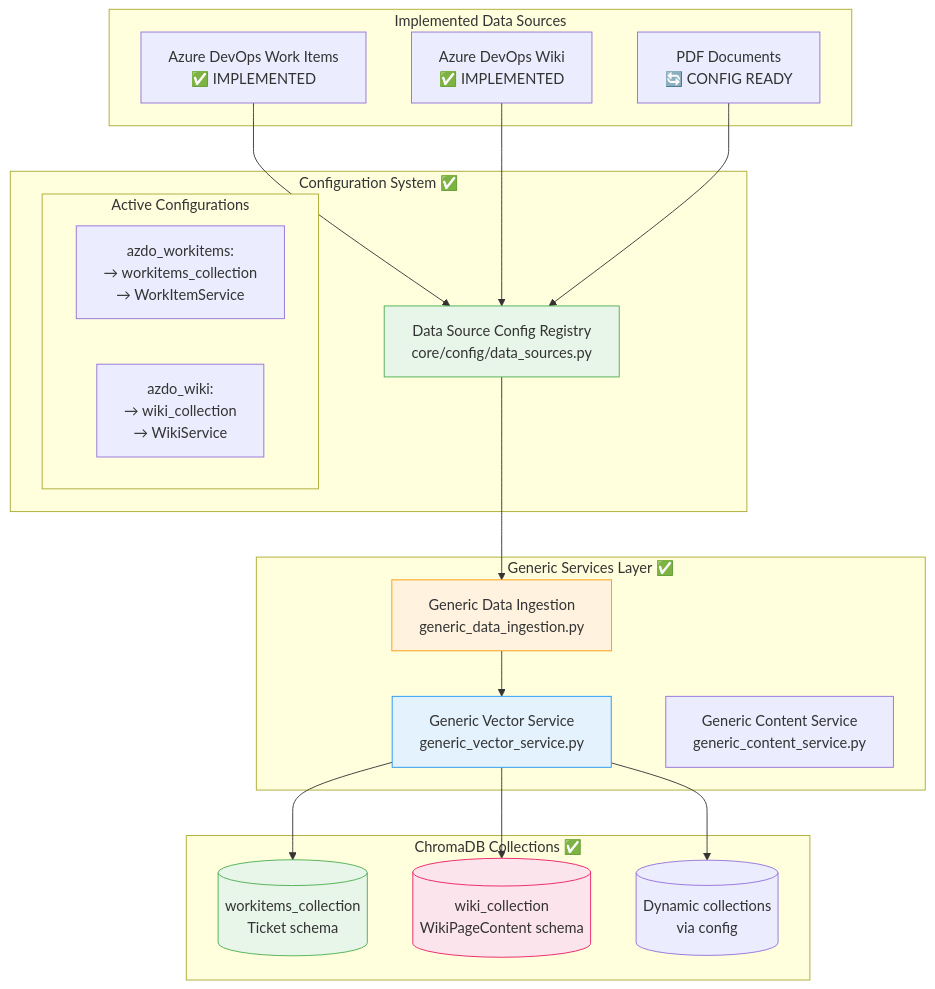
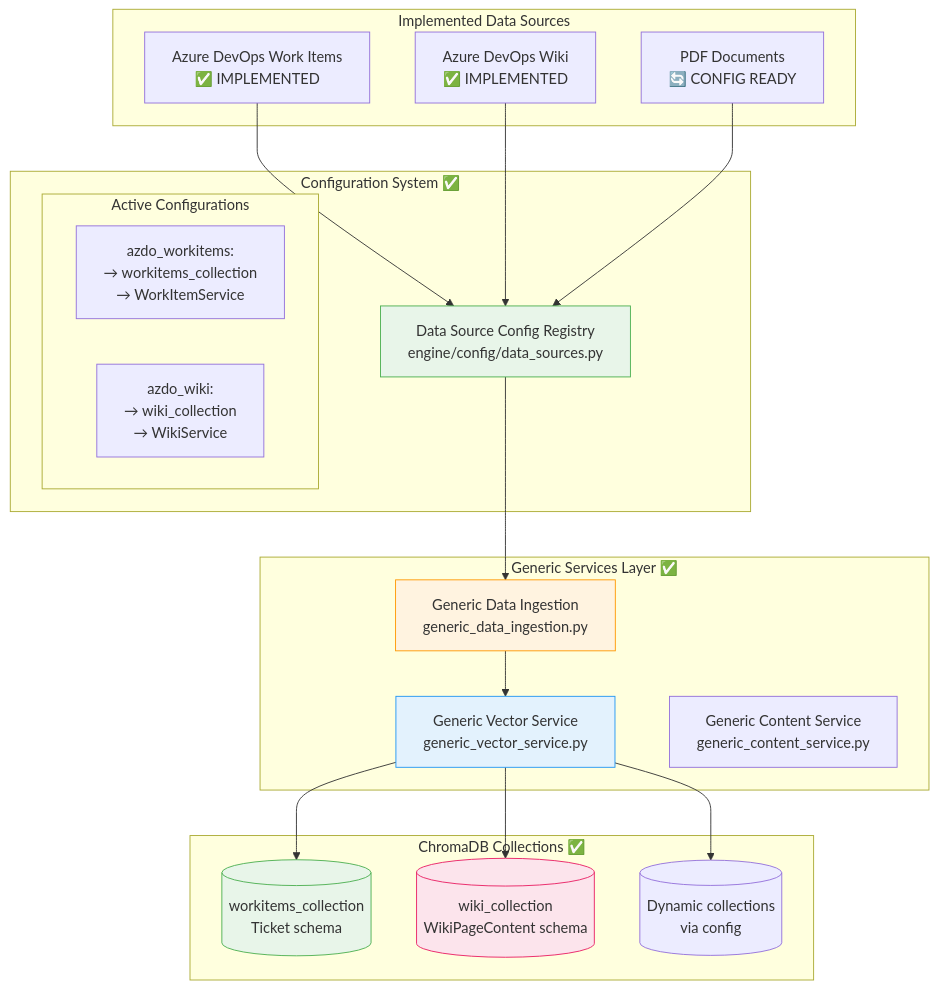
The first of 3 diagrams in orbis/docs/AGENTIC_RAG_SYSTEM_DIAGRAM_CURRENT_STATE.md (adel-0/orbis), drawn with Mermaid before and after one commit. The commit also changed other lines of this file and 32 other files, not shown here.

Commit message:
Rename orbis/core to orbis/engine to prevent confusion with orbis-core library

````diff
--- a/orbis/docs/AGENTIC_RAG_SYSTEM_DIAGRAM_CURRENT_STATE.md
+++ b/orbis/docs/AGENTIC_RAG_SYSTEM_DIAGRAM_CURRENT_STATE.md
@@ -11,51 +11,51 @@
 ```mermaid
 graph TB
   %% Data Sources (Currently Configured)
   subgraph CurrentSources[Implemented Data Sources]
     ADO[Azure DevOps Work Items<br/>✅ IMPLEMENTED]
     WIKI[Azure DevOps Wiki<br/>✅ IMPLEMENTED]
     PDF[PDF Documents<br/>🔄 CONFIG READY]
   end
 
   %% Configuration-Driven Integration
   subgraph ConfigSystem[Configuration System ✅]
-    DSC[Data Source Config Registry<br/>core/config/data_sources.py]
+    DSC[Data Source Config Registry<br/>engine/config/data_sources.py]
     
     subgraph Configs[Active Configurations]
       WI_CFG[azdo_workitems:<br/>→ workitems_collection<br/>→ WorkItemService]
       WIKI_CFG[azdo_wiki:<br/>→ wiki_collection<br/>→ WikiService]
     end
   end
 
   %% Generic Services (Implemented)
   subgraph GenericServices[Generic Services Layer ✅]
     GDI[Generic Data Ingestion<br/>generic_data_ingestion.py]
     GVS[Generic Vector Service<br/>generic_vector_service.py]
     GCS[Generic Content Service<br/>generic_content_service.py]
   end
 
   %% Dynamic Collections
   subgraph VectorDB[ChromaDB Collections ✅]
     WI_COLL[(workitems_collection<br/>Ticket schema)]
     WIKI_COLL[(wiki_collection<br/>WikiPageContent schema)]
     FUTURE_COLL[(Dynamic collections<br/>via config)]
   end
 
   %% Flow connections
   ADO --> DSC
   WIKI --> DSC
   PDF --> DSC
   
   DSC --> GDI
   GDI --> GVS
   GVS --> WI_COLL
   GVS --> WIKI_COLL
   GVS --> FUTURE_COLL
 
   %% Styling
   style DSC fill:#e8f5e9,stroke:#4caf50
   style GDI fill:#fff3e0,stroke:#ff9800
   style GVS fill:#e3f2fd,stroke:#2196f3
   style WI_COLL fill:#e8f5e9,stroke:#4caf50
   style WIKI_COLL fill:#fce4ec,stroke:#e91e63
 ```
````
